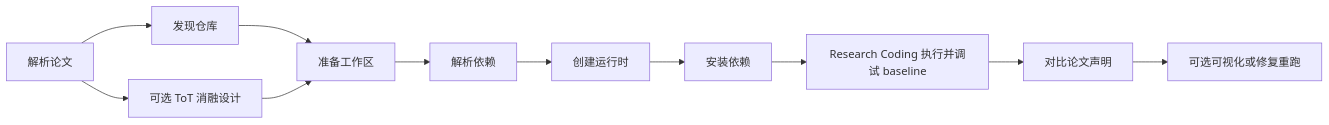
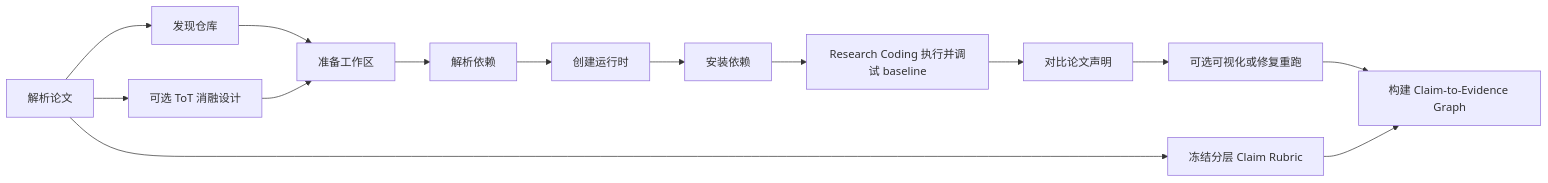
Before and after one commit to yu-xin-c/Sea-mult-agent: the third of 3 diagrams in scholar-agent/docs/project_architecture.md, drawn with Mermaid. The commit also changed other lines of this file and 34 other files, not shown here.

````diff
--- a/scholar-agent/docs/project_architecture.md
+++ b/scholar-agent/docs/project_architecture.md
@@ -257,13 +275,16 @@
 ```mermaid
 flowchart LR
-    P["解析论文"] --> R["发现仓库"]
+    P["解析论文"] --> F["冻结分层 Claim Rubric"]
+    P --> R["发现仓库"]
     P --> A["可选 ToT 消融设计"]
     R --> W["准备工作区"]
     A --> W
     W --> D["解析依赖"]
     D --> S["创建运行时"]
     S --> I["安装依赖"]
     I --> E["Research Coding 执行并调试 baseline"]
     E --> C["对比论文声明"]
     C --> V["可选可视化或修复重跑"]
+    V --> G["构建 Claim-to-Evidence Graph"]
+    F --> G
 ```
````
